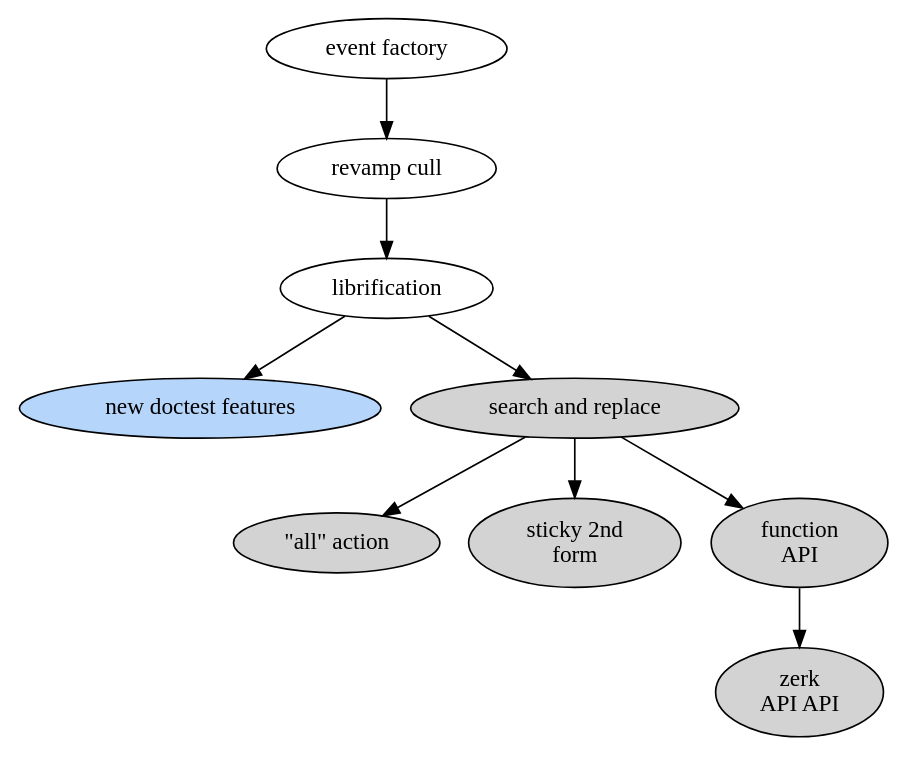
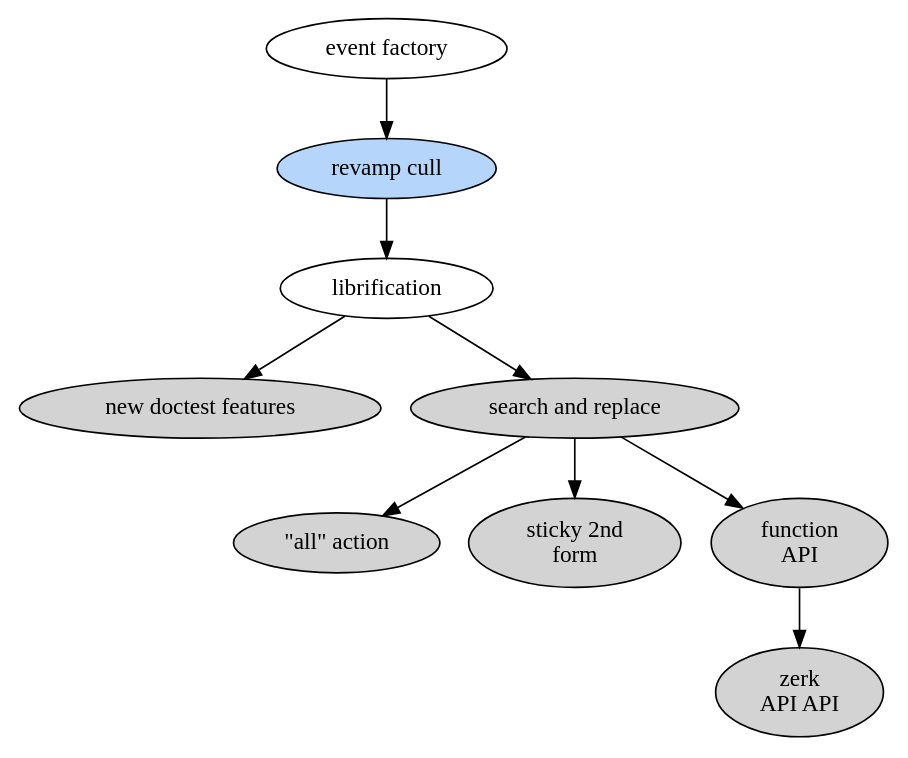
The diagram in doc/the-big-picture-of-now-02.dot (hipe/tmx), drawn with Graphviz before and after one commit. The commit also changed 31 other files, not shown here.

```diff
--- a/doc/the-big-picture-of-now-02.dot
+++ b/doc/the-big-picture-of-now-02.dot
@@ -1,29 +1,31 @@
 digraph {
 
   ev [label="event factory"]
 
-  cu [label="revamp cull"]
+  cu [label="revamp cull" style=filled fillcolor="#b5d5fb"]
 
   lib [label="librification"]
 
-  dct [label="new doctest features" style=filled fillcolor="#b5d5fb"]
+  dct [label="new doctest features" style=filled]
 
   sr [label="search and replace" style=filled]
 
   al [label="\"all\" action" style=filled]
 
   st [label="sticky 2nd\nform" style=filled]
 
   fu [label="function\nAPI" style=filled]
 
   API [label="zerk\nAPI API" style=filled]
 
   ev->cu
   cu->lib
   lib->dct
   lib->sr
   sr->st
   sr->fu
   fu->API
   sr->al
+
+  # that one color of blue: fillcolor="#b5d5fb"
 }
```
